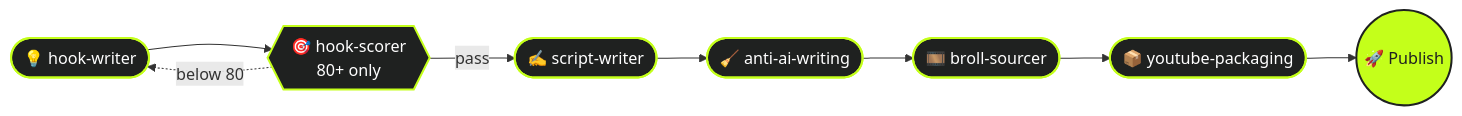
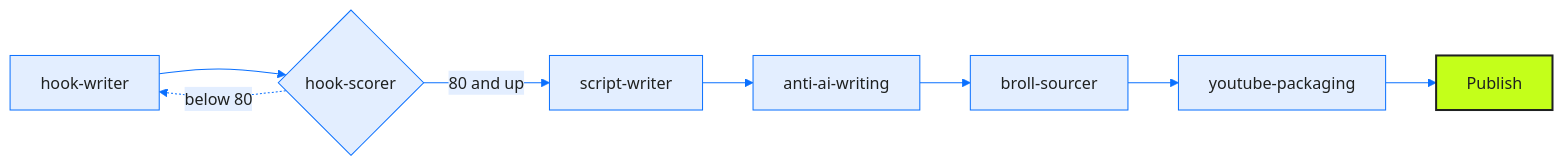
The diagram in README.md (pr1ncegupta/pr1ncegupta), drawn with Mermaid before and after one commit. The commit also changed other lines of this file and 10 other files, not shown here.

````diff
--- a/README.md
+++ b/README.md
@@ -45,15 +56,14 @@
 ```mermaid
+%%{init: {"theme": "base", "themeVariables": {"primaryColor": "#e3eeff", "primaryTextColor": "#1f2120", "primaryBorderColor": "#0a70ff", "lineColor": "#0a70ff", "edgeLabelBackground": "#e3eeff", "fontFamily": "Google Sans Flex, Helvetica Neue, Arial, sans-serif"}}}%%
 flowchart LR
-    A([💡 hook-writer]) --> B{{🎯 hook-scorer<br/>80+ only}}
-    B -- pass --> C([✍️ script-writer])
+    A[hook-writer] --> B{hook-scorer}
+    B -- 80 and up --> C[script-writer]
     B -. below 80 .-> A
-    C --> D([🧹 anti-ai-writing])
-    D --> E([🎞️ broll-sourcer])
-    E --> F([📦 youtube-packaging])
-    F --> G((🚀 Publish))
+    C --> D[anti-ai-writing]
+    D --> E[broll-sourcer]
+    E --> F[youtube-packaging]
+    F --> G[Publish]
 
-    classDef step fill:#1f2120,stroke:#c4ff1a,stroke-width:2px,color:#ffffff
     classDef ship fill:#c4ff1a,stroke:#1f2120,stroke-width:2px,color:#1f2120
-    class A,B,C,D,E,F step
     class G ship
 ```
````
